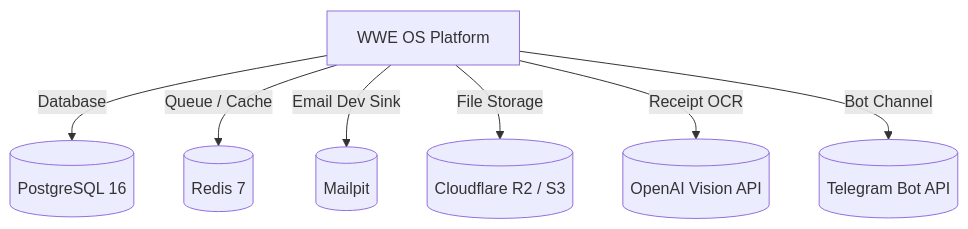
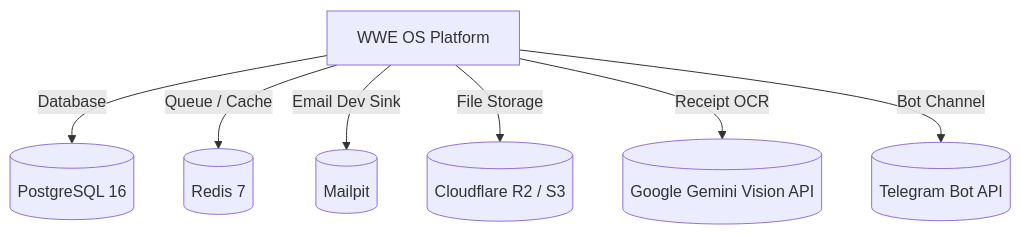
Before and after one commit to rithvin-us/wwe-OS: the diagram in docs/architecture/06-environment-and-dependencies.md, drawn with Mermaid. The commit also changed other lines of this file and 7 other files, not shown here.

````diff
--- a/docs/architecture/06-environment-and-dependencies.md
+++ b/docs/architecture/06-environment-and-dependencies.md
@@ -57,11 +57,11 @@
 ```mermaid
 flowchart TD
     PLATFORM[WWE OS Platform]
 
     PLATFORM -->|Database| PG[(PostgreSQL 16)]
     PLATFORM -->|Queue / Cache| REDIS[(Redis 7)]
     PLATFORM -->|Email Dev Sink| MAILPIT[(Mailpit)]
     PLATFORM -->|File Storage| R2[(Cloudflare R2 / S3)]
-    PLATFORM -->|Receipt OCR| OPENAI[(OpenAI Vision API)]
+    PLATFORM -->|Receipt OCR| GEMINI[(Google Gemini Vision API)]
     PLATFORM -->|Bot Channel| TG[(Telegram Bot API)]
 ```
````
